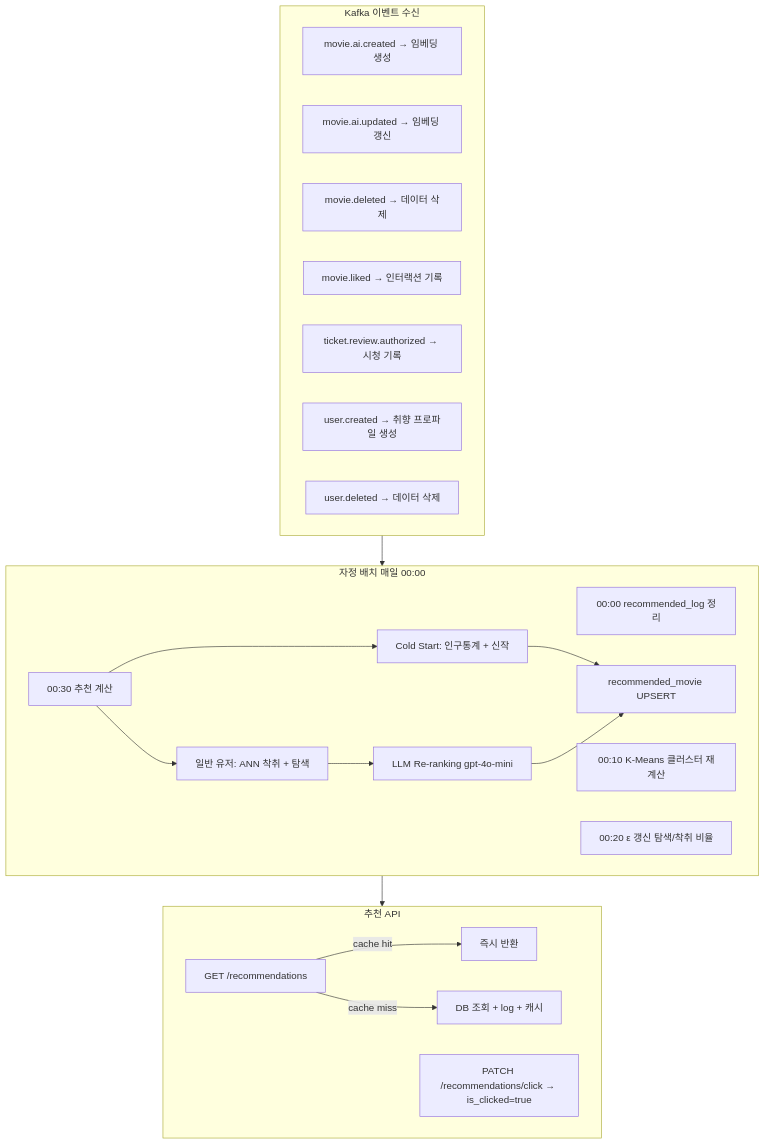
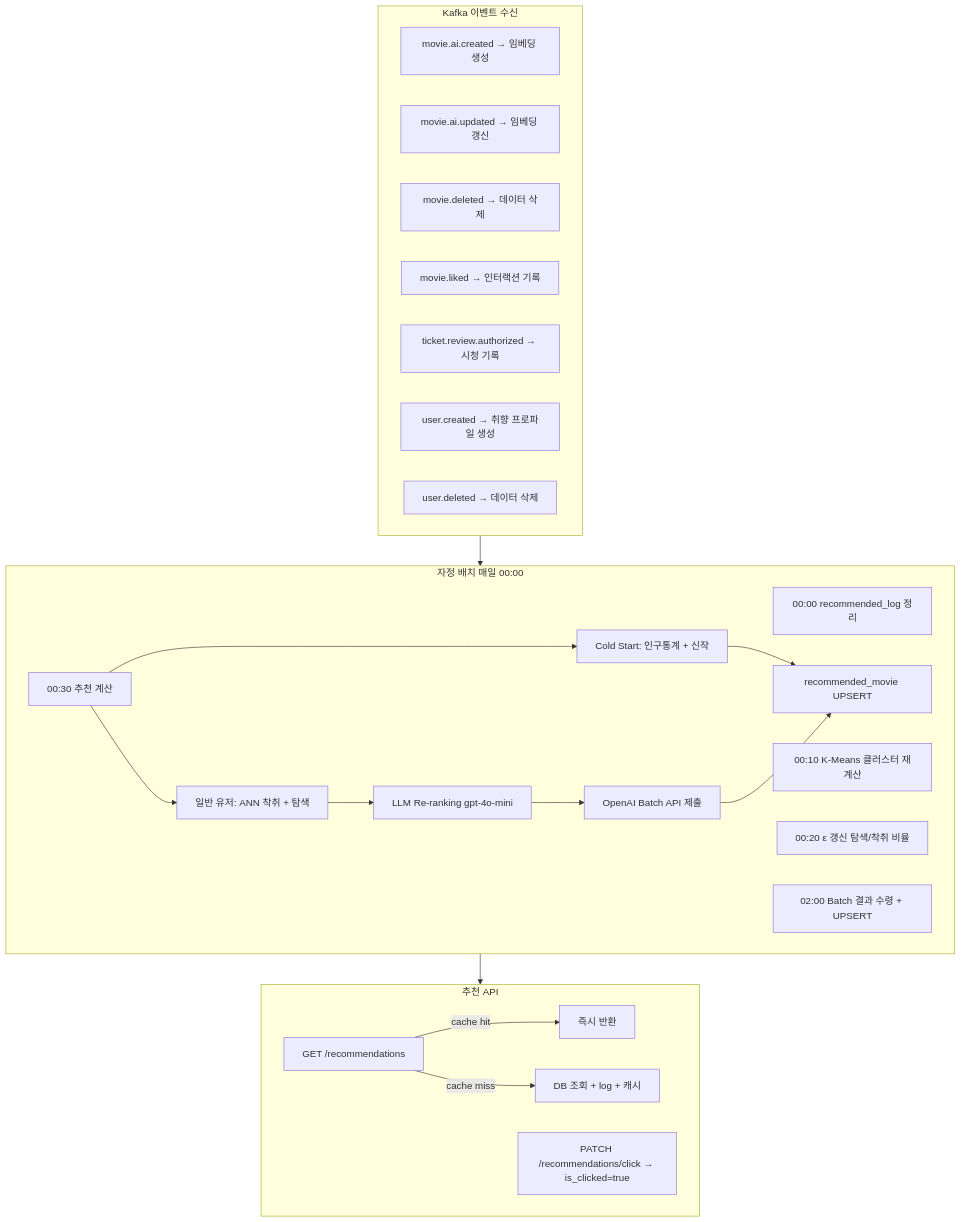
The diagram in ai-service/README.md (prgrms-be-adv-devcourse/beadv5_5_3M_BE), drawn with Mermaid before and after one commit. The commit also changed other lines of this file, not shown here.

````diff
--- a/ai-service/README.md
+++ b/ai-service/README.md
@@ -70,33 +70,35 @@
 ```mermaid
 flowchart TB
     subgraph KAFKA[Kafka 이벤트 수신]
         M1[movie.ai.created → 임베딩 생성]
         M2[movie.ai.updated → 임베딩 갱신]
         M3[movie.deleted → 데이터 삭제]
         M4[movie.liked → 인터랙션 기록]
         T1[ticket.review.authorized → 시청 기록]
         U1[user.created → 취향 프로파일 생성]
         U2[user.deleted → 데이터 삭제]
     end
 
     subgraph BATCH[자정 배치 매일 00:00]
         B1[00:00 recommended_log 정리]
         B2[00:10 K-Means 클러스터 재계산]
         B3[00:20 ε 갱신 탐색/착취 비율]
         B4[00:30 추천 계산]
         B4 --> COLD[Cold Start: 인구통계 + 신작]
         B4 --> NORM[일반 유저: ANN 착취 + 탐색]
         NORM --> RR[LLM Re-ranking gpt-4o-mini]
         COLD --> UP[recommended_movie UPSERT]
-        RR --> UP
+        RR --> SUBMIT[OpenAI Batch API 제출]
+        SUBMIT --> UP
+        B5[02:00 Batch 결과 수령 + UPSERT]
     end
 
     subgraph API[추천 API]
         A1[GET /recommendations]
         A1 -->|cache hit| RET[즉시 반환]
         A1 -->|cache miss| DB[DB 조회 + log + 캐시]
         A2[PATCH /recommendations/click → is_clicked=true]
     end
 
     KAFKA --> BATCH --> API
 ```
````
